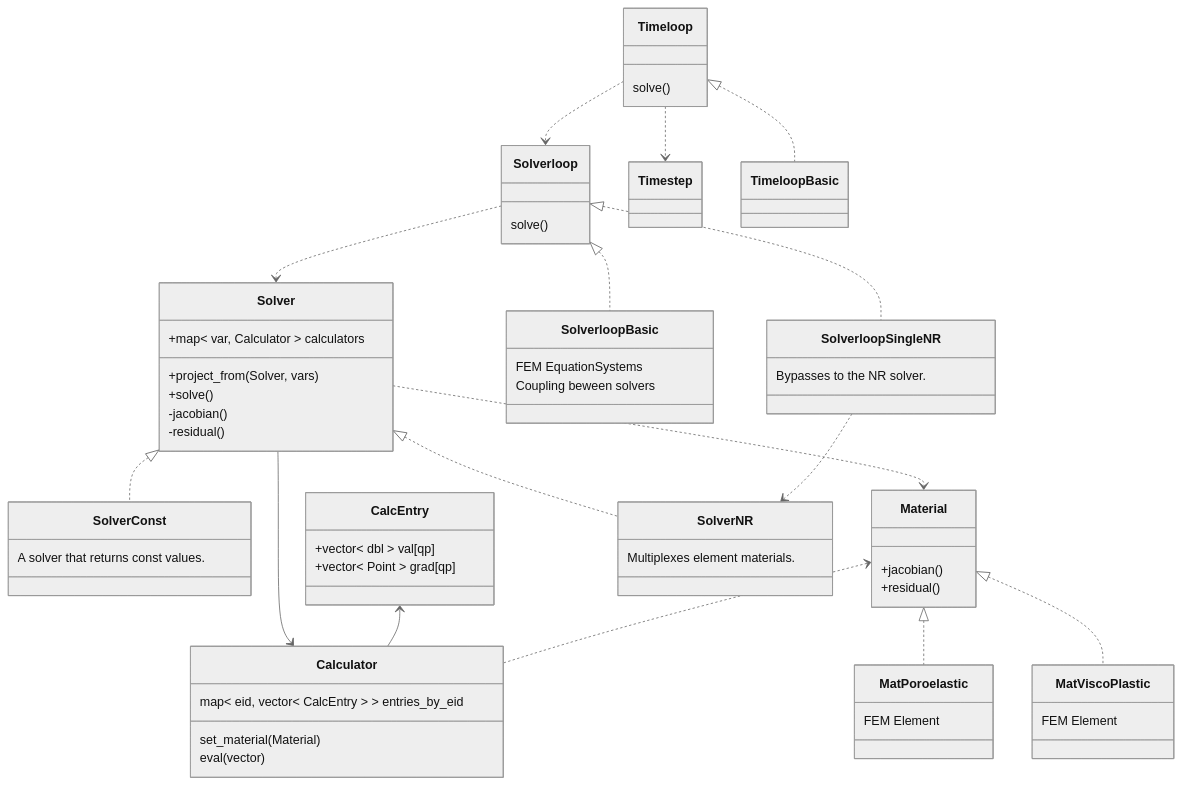
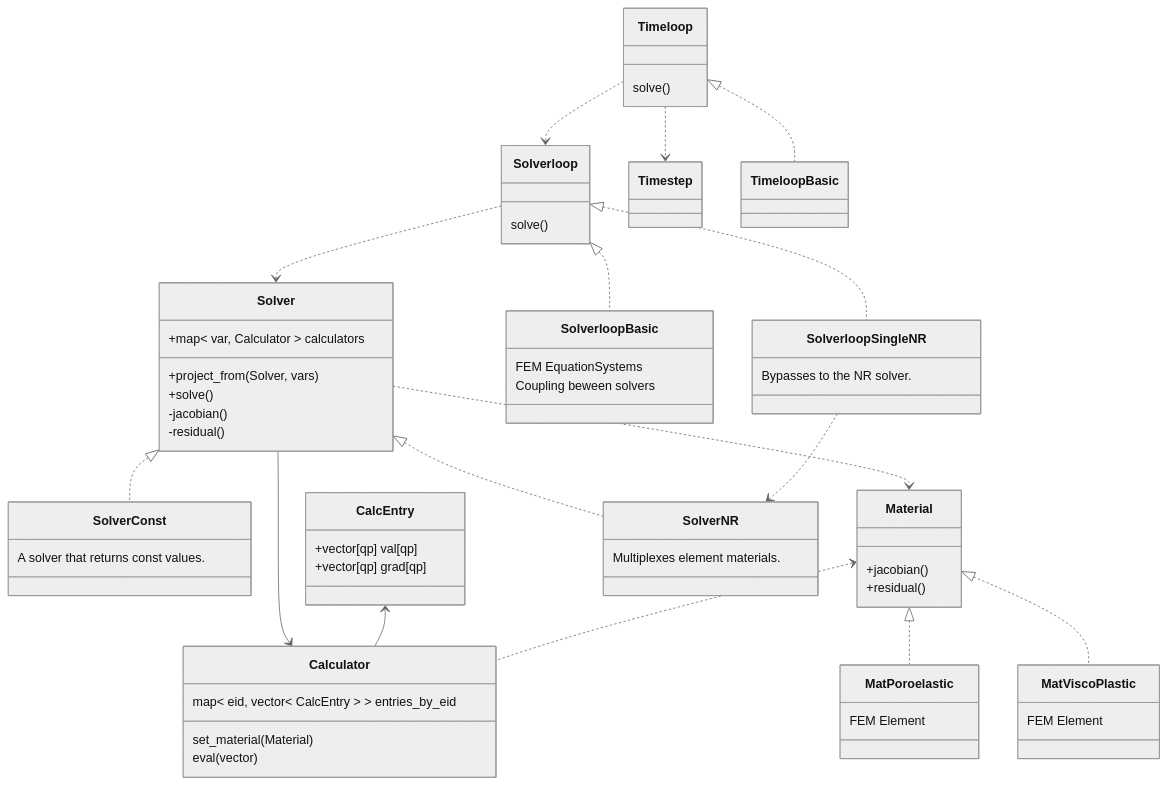
The diagram in include/README.md (rebpoli/harpy), drawn with Mermaid (neutral theme) before and after one commit.

```diff
--- a/include/README.md
+++ b/include/README.md
@@ -41,8 +41,8 @@
     }
 
     class CalcEntry {
-        +vector< dbl > val[qp]
-        +vector< Point > grad[qp]
+        +vector[qp] val[qp]
+        +vector[qp] grad[qp]
     }
     class Calculator {
         map< eid, vector< CalcEntry > > entries_by_eid
```
